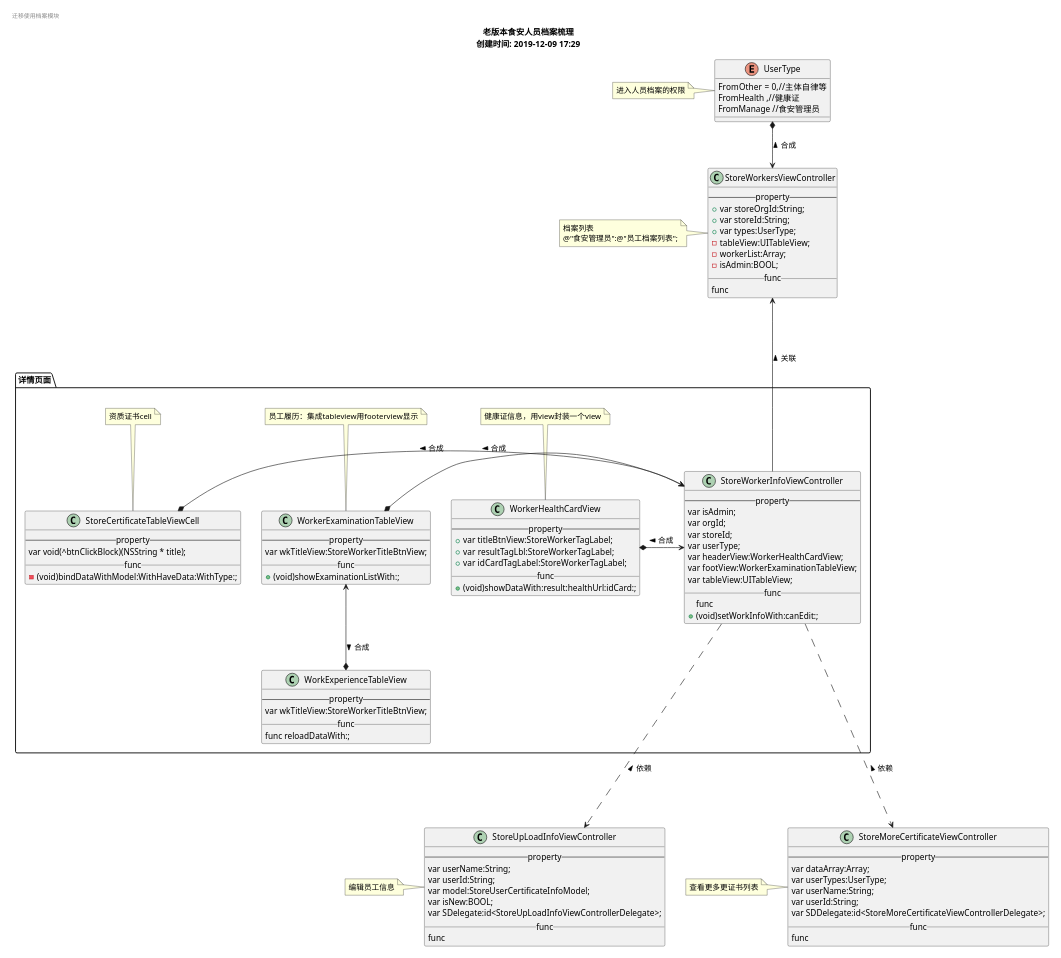
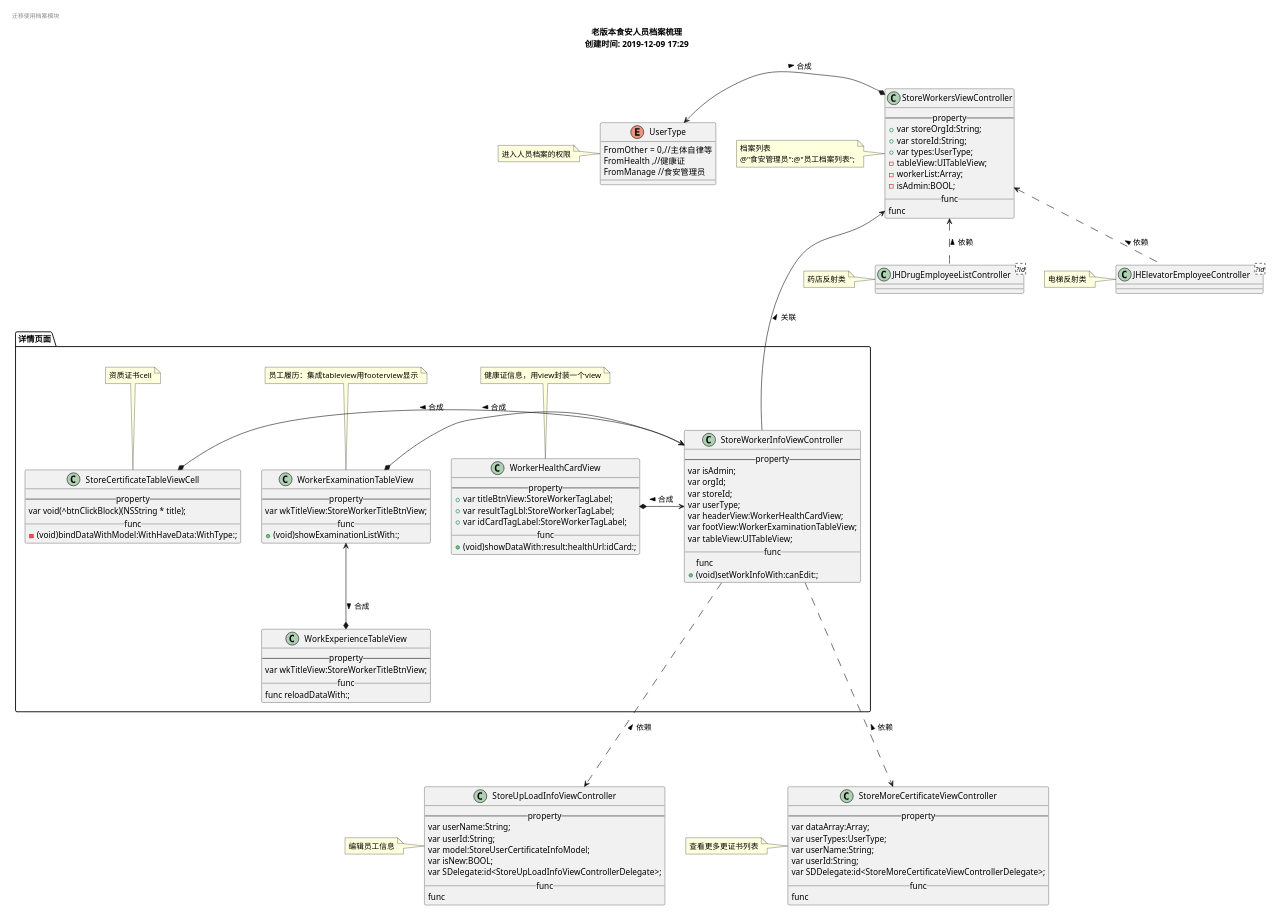
Before and after one commit to iT-Boyer/iDocs: the diagram in uml/DtBox/dtbox-old-cls.plantuml, drawn with PlantUML.

Commit message:
人员档案类图梳理

```diff
--- a/uml/DtBox/dtbox-old-cls.plantuml
+++ b/uml/DtBox/dtbox-old-cls.plantuml
@@ -1,141 +1,156 @@
 @startuml
 scale 0.5
 page 1x1
 title
     老版本食安人员档案梳理
     创建时间: 2019-12-09 17:29
     endtitle
     left header
         迁移使用档案模块
     endheader
 
     enum "UserType" as usertype {
         FromOther  = 0,//主体自律等
         FromHealth ,//健康证
         FromManage //食安管理员
     }
+
+    class "JHDrugEmployeeListController" as druglistvc <?id> {
+    }
+
+    class "JHElevatorEmployeeController" as elevatorlistvc <?id> {
+    }
+
 
     class "StoreWorkersViewController" as workervc {
         -- property --
         + var storeOrgId:String;
         + var storeId:String;
         + var types:UserType;
         - tableView:UITableView;
         - workerList:Array;
         - isAdmin:BOOL;
         __func__
         func
     }
 
     'package，node，folder，frame，cloud，database'
     folder "详情页面" as detailpkg{
         class "StoreWorkerInfoViewController" as infovc {
             -- property --
             var isAdmin;
             var orgId;
             var storeId;
             var userType;
             var headerView:WorkerHealthCardView;
             var footView:WorkerExaminationTableView;
             var tableView:UITableView;
             __func__
             func
             +(void)setWorkInfoWith:canEdit:;
         }
         class "WorkerHealthCardView" as headerview {
             -- property --
             + var titleBtnView:StoreWorkerTagLabel;
             + var resultTagLbl:StoreWorkerTagLabel;
             + var idCardTagLabel:StoreWorkerTagLabel;
             __func__
             +(void)showDataWith:result:healthUrl:idCard:;
         }
 
         class "WorkerExaminationTableView" as footerview {
             -- property --
             var wkTitleView:StoreWorkerTitleBtnView;
             __func__
             +(void)showExaminationListWith:;
         }
 
         class "WorkExperienceTableView" as careerview {
             -- property --
             var wkTitleView:StoreWorkerTitleBtnView;
             __func__
             func reloadDataWith:;
         }
         class "StoreCertificateTableViewCell" as cercellview {
             -- property --
             var void(^btnClickBlock)(NSString * title);
             __func__
             - (void)bindDataWithModel:WithHaveData:WithType:;
         }
 
         note top of headerview
             健康证信息，用view封装一个view
         end note
         note top of footerview
             员工履历：集成tableview用footerview显示
         end note
 
         note top of cercellview
             资质证书cell
         end note
 
         headerview *--left-> infovc:合成 <
         cercellview *-right-> infovc:合成 <
         footerview *-left-> infovc:合成 <
         careerview *-up-> footerview:合成 <
 
     }
 
     class "StoreUpLoadInfoViewController" as infoeditvc {
         -- property --
         var userName:String;
         var userId:String;
         var model:StoreUserCertificateInfoModel;
         var isNew:BOOL;
         var SDelegate:id<StoreUpLoadInfoViewControllerDelegate>;
         __func__
         func
     }
     class "StoreMoreCertificateViewController" as morecervc {
         -- property --
         var dataArray:Array;
         var userTypes:UserType;
         var userName:String;
         var userId:String;
         var SDDelegate:id<StoreMoreCertificateViewControllerDelegate>;
         __func__
         func
     }
 
 
 
     note left of usertype
         进入人员档案的权限
     end note
 
     note left of infoeditvc
         编辑员工信息
     end note
     note left of workervc
         档案列表
         @"食安管理员":@"员工档案列表";
     end note
 
     note left of morecervc
         查看更多更证书列表
     end note
 
+    note left of druglistvc
+        药店反射类
+    end note
+    note left of elevatorlistvc
+        电梯反射类
+    end note
 
 
+    workervc <.down. druglistvc:依赖 <
+    workervc <.down. elevatorlistvc:依赖 <
     '关系
-    usertype *--> workervc:合成 <
+    usertype <-* workervc:合成 >
     workervc <---- infovc:关联 <
 
     infovc ...down.> infoeditvc:依赖 <
     infovc ...down.> morecervc:依赖 <
 
 
     @enduml
```
